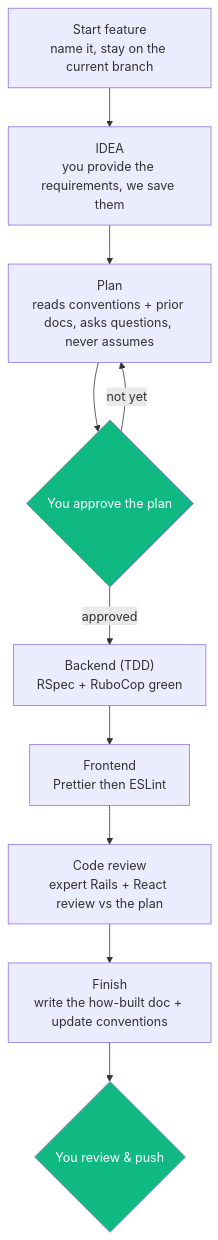
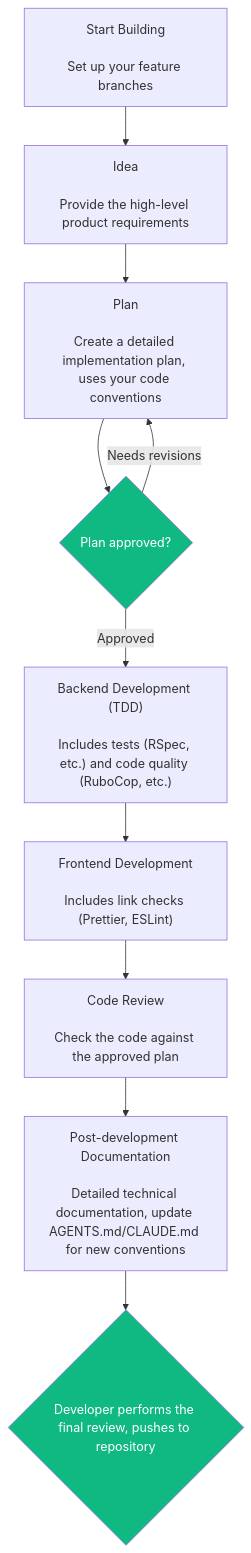
The diagram in README.md (marvs/kantan-dev), drawn with Mermaid before and after one commit. The commit also changed other lines of this file, not shown here.

````diff
--- a/README.md
+++ b/README.md
@@ -5,14 +5,14 @@
 ```mermaid
 flowchart TD
-    A["Start feature<br/>name it, stay on the current branch"] --> B["IDEA<br/>you provide the requirements, we save them"]
-    B --> C["Plan<br/>reads conventions + prior docs, asks questions, never assumes"]
-    C --> G1{"You approve the plan"}
-    G1 -->|not yet| C
-    G1 -->|approved| D["Backend (TDD)<br/>RSpec + RuboCop green"]
-    D --> E["Frontend<br/>Prettier then ESLint"]
-    E --> R["Code review<br/>expert Rails + React review vs the plan"]
-    R --> F["Finish<br/>write the how-built doc + update conventions"]
-    F --> G2{"You review &amp; push"}
+    A["Start Building<br/><br/>Set up your feature branches"] --> B["Idea<br/><br/>Provide the high-level product requirements"]
+    B --> C["Plan<br/><br/>Create a detailed implementation plan, uses your code conventions"]
+    C --> G1{"Plan approved?"}
+    G1 -->|Needs revisions| C
+    G1 -->|Approved| D["Backend Development (TDD)<br/><br/>Includes tests (RSpec, etc.) and code quality (RuboCop, etc.)"]
+    D --> E["Frontend Development<br/><br/>Includes link checks (Prettier, ESLint)"]
+    E --> R["Code Review<br/><br/>Check the code against the approved plan"]
+    R --> F["Post-development Documentation<br/><br/>Detailed technical documentation, update AGENTS.md/CLAUDE.md for new conventions"]
+    F --> G2{"Developer performs the final review, pushes to repository"}
     style G1 fill:#10B981,color:#fff
     style G2 fill:#10B981,color:#fff
 ```
````
